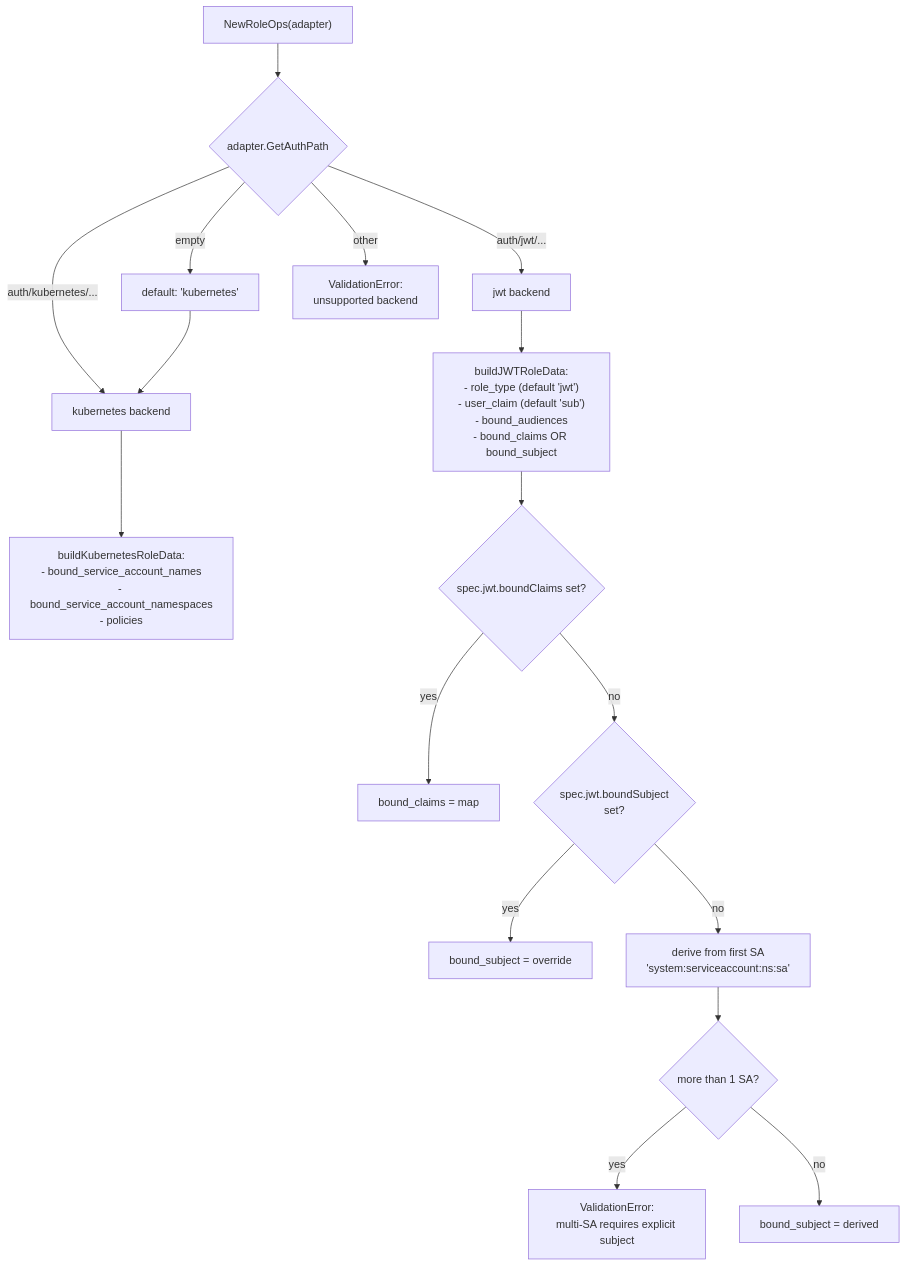
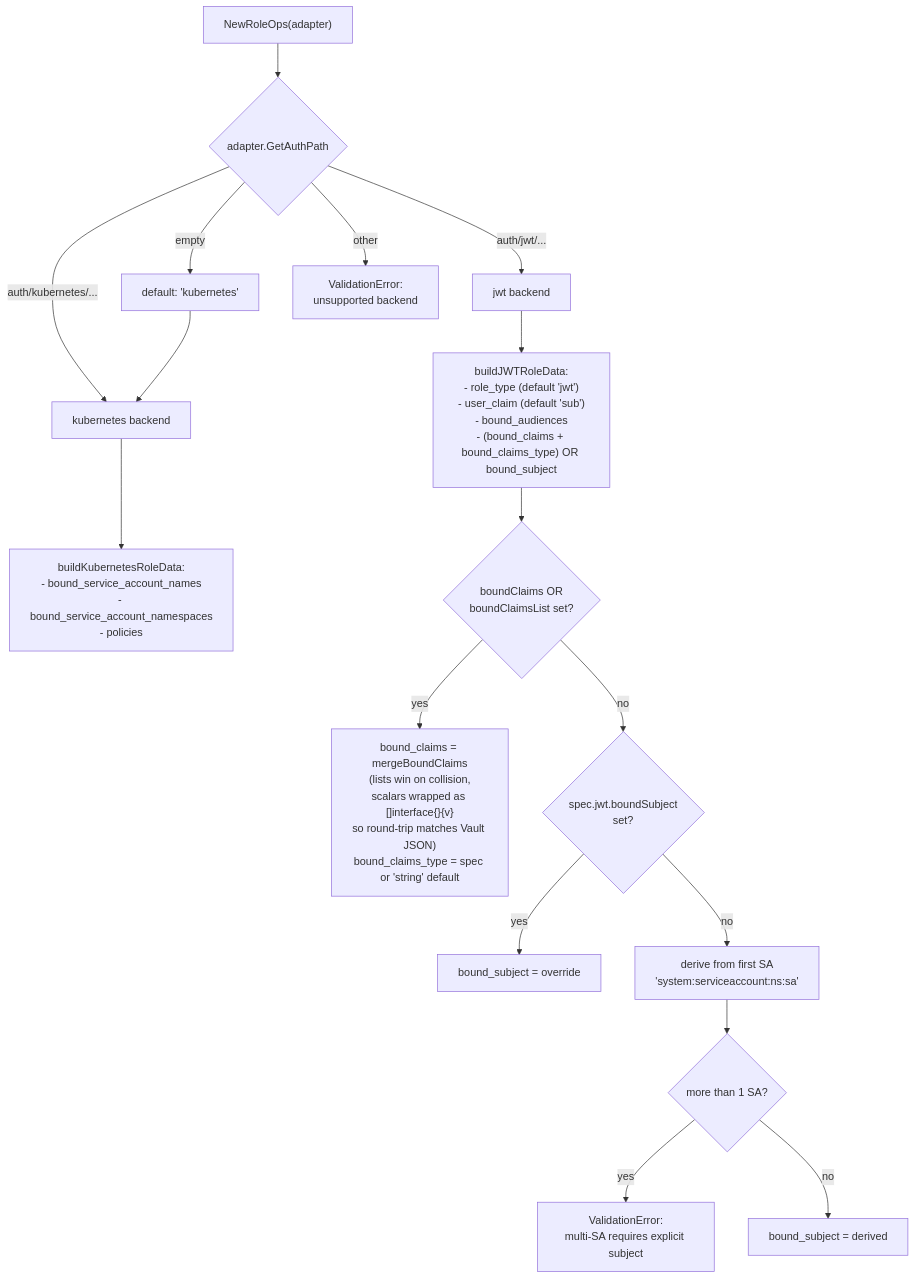
Before and after one commit to panteparak/vault-access-operator: the second of 4 diagrams in docs/internal/FLOW_ROLE.md, drawn with Mermaid. The commit also changed other lines of this file and 22 other files, not shown here.

````diff
--- a/docs/internal/FLOW_ROLE.md
+++ b/docs/internal/FLOW_ROLE.md
@@ -132,21 +132,21 @@
 ```mermaid
 flowchart TD
     Start["NewRoleOps(adapter)"] --> AuthPath{adapter.GetAuthPath}
     AuthPath -->|empty| Default["default: 'kubernetes'"]
     AuthPath -->|auth/kubernetes/...| K8sPath["kubernetes backend"]
     AuthPath -->|auth/jwt/...| JWTPath["jwt backend"]
     AuthPath -->|other| UnsupportedOut["ValidationError:<br/>unsupported backend"]
     Default --> K8sPath
 
     K8sPath --> BuildK8s["buildKubernetesRoleData:<br/>- bound_service_account_names<br/>- bound_service_account_namespaces<br/>- policies"]
-    JWTPath --> BuildJWT["buildJWTRoleData:<br/>- role_type (default 'jwt')<br/>- user_claim (default 'sub')<br/>- bound_audiences<br/>- bound_claims OR bound_subject"]
+    JWTPath --> BuildJWT["buildJWTRoleData:<br/>- role_type (default 'jwt')<br/>- user_claim (default 'sub')<br/>- bound_audiences<br/>- (bound_claims + bound_claims_type) OR bound_subject"]
 
-    BuildJWT --> JWTSub{spec.jwt.boundClaims set?}
-    JWTSub -->|yes| UseClaims["bound_claims = map"]
+    BuildJWT --> JWTSub{boundClaims OR<br/>boundClaimsList set?}
+    JWTSub -->|yes| UseClaims["bound_claims = mergeBoundClaims<br/>(lists win on collision,<br/>scalars wrapped as []interface{}{v}<br/>so round-trip matches Vault JSON)<br/>bound_claims_type = spec or 'string' default"]
     JWTSub -->|no| Subject{spec.jwt.boundSubject<br/>set?}
     Subject -->|yes| ExplicitSub["bound_subject = override"]
     Subject -->|no| DeriveSub["derive from first SA<br/>'system:serviceaccount:ns:sa'"]
     DeriveSub --> MultiSA{more than 1 SA?}
     MultiSA -->|yes| SubErr["ValidationError:<br/>multi-SA requires explicit subject"]
     MultiSA -->|no| UseSubject["bound_subject = derived"]
 ```
````
